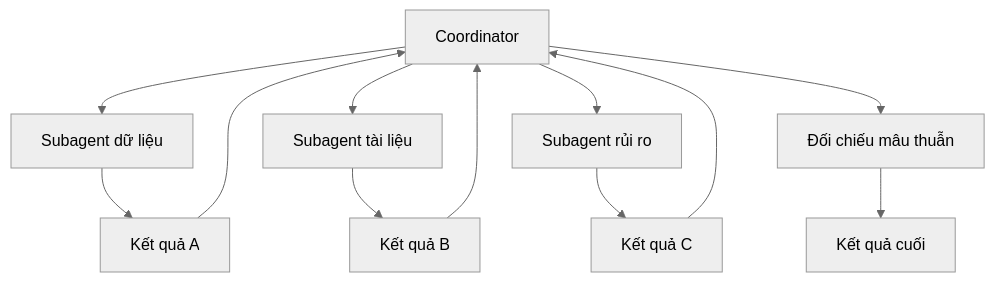
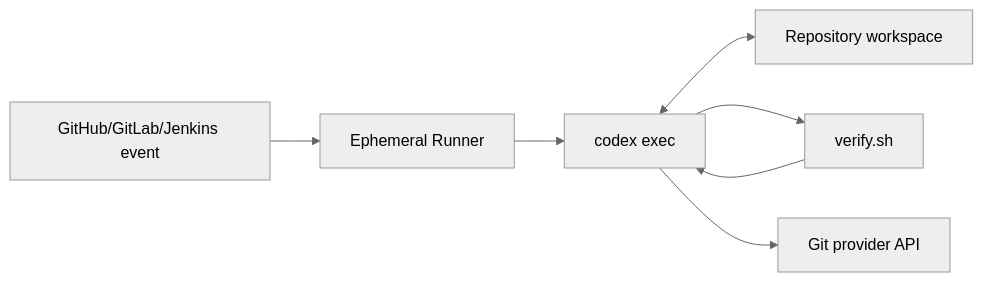
The ninth of 15 diagrams in OPENAI_AGENTS_GUIDE_VI.md (huynv-xyz/vhm), drawn with Mermaid (neutral theme) before and after one commit. The commit also changed other lines of this file, not shown here.

````diff
--- a/OPENAI_AGENTS_GUIDE_VI.md
+++ b/OPENAI_AGENTS_GUIDE_VI.md
@@ -316,14 +500,14 @@
 ```mermaid
-flowchart TB
-    ROOT[Coordinator] --> A[Subagent dữ liệu]
-    ROOT --> B[Subagent tài liệu]
-    ROOT --> C[Subagent rủi ro]
-    A --> RA[Kết quả A]
-    B --> RB[Kết quả B]
-    C --> RC[Kết quả C]
-    RA --> ROOT
-    RB --> ROOT
-    RC --> ROOT
-    ROOT --> V[Đối chiếu mâu thuẫn]
-    V --> F[Kết quả cuối]
+flowchart LR
+    E[GitHub/GitLab/Jenkins event]
+    R[Ephemeral Runner]
+    C[codex exec]
+    W[Repository workspace]
+    V[verify.sh]
+    G[Git provider API]
+    E --> R --> C
+    C <--> W
+    C --> V
+    V --> C
+    C --> G
 ```
````
